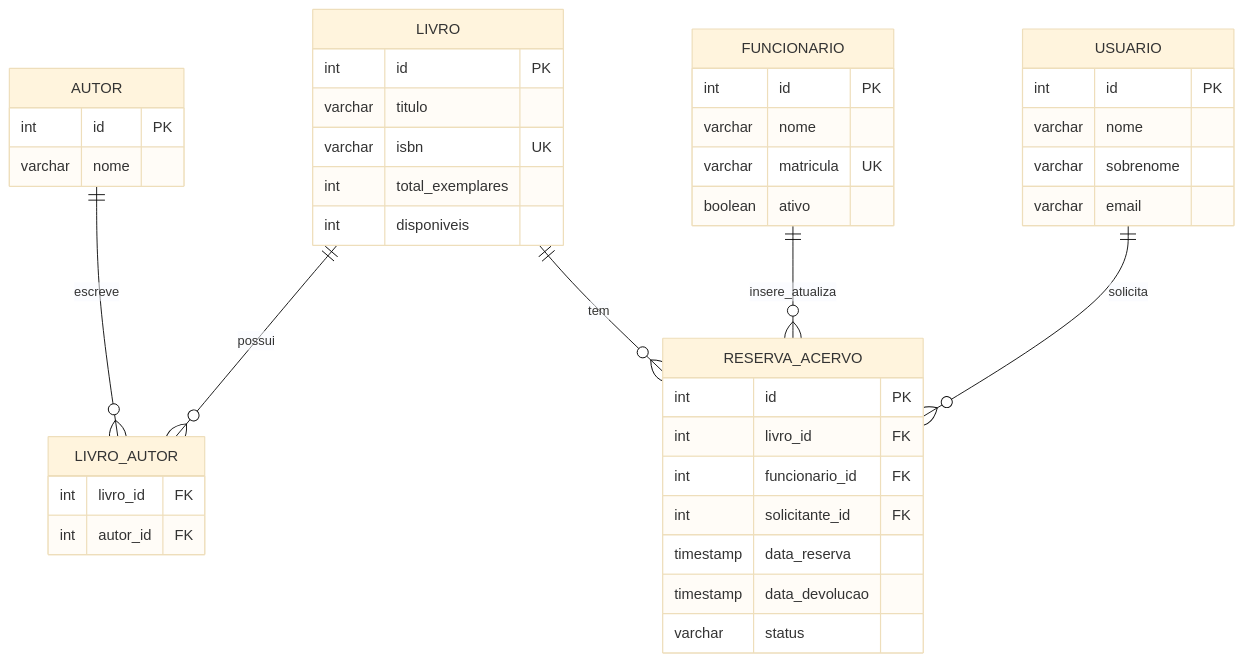
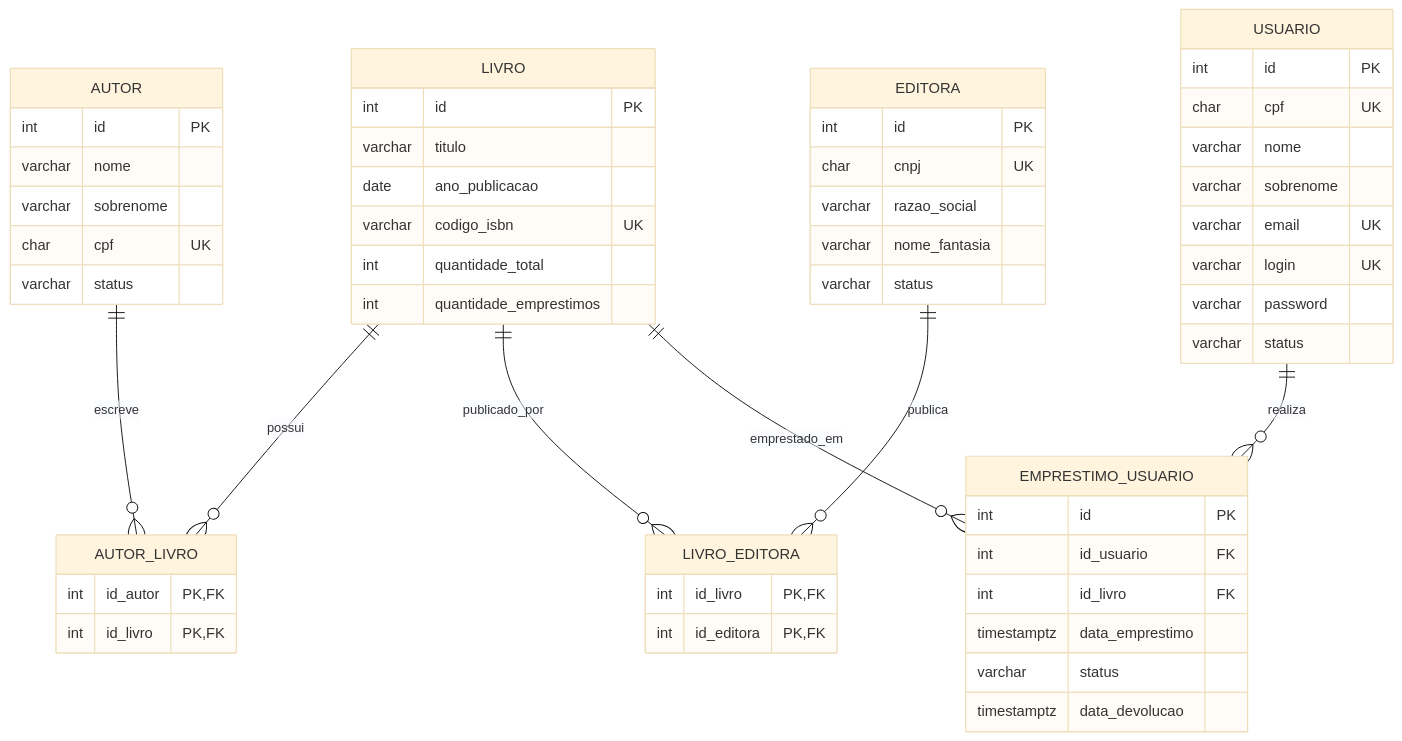
The diagram in README.md (VitorRP/sctec-projeto-final1), drawn with Mermaid (base theme) before and after one commit. The commit also changed other lines of this file, not shown here.

````diff
--- a/README.md
+++ b/README.md
@@ -192,47 +133,64 @@
 ```mermaid
 erDiagram
-    AUTOR ||--o{ LIVRO_AUTOR : escreve
-    LIVRO ||--o{ LIVRO_AUTOR : possui
-    LIVRO ||--o{ RESERVA_ACERVO : tem
-    FUNCIONARIO ||--o{ RESERVA_ACERVO : insere_atualiza
-    USUARIO ||--o{ RESERVA_ACERVO : solicita
+    AUTOR ||--o{ AUTOR_LIVRO : escreve
+    LIVRO ||--o{ AUTOR_LIVRO : possui
+    LIVRO ||--o{ LIVRO_EDITORA : publicado_por
+    EDITORA ||--o{ LIVRO_EDITORA : publica
+    USUARIO ||--o{ EMPRESTIMO_USUARIO : realiza
+    LIVRO ||--o{ EMPRESTIMO_USUARIO : emprestado_em
+
+    AUTOR {
+        int id PK
+        varchar nome
+        varchar sobrenome
+        char cpf UK
+        varchar status
+    }
+
+    EDITORA {
+        int id PK
+        char cnpj UK
+        varchar razao_social
+        varchar nome_fantasia
+        varchar status
+    }
+
+    LIVRO {
+        int id PK
+        varchar titulo
+        date ano_publicacao
+        varchar codigo_isbn UK
+        int quantidade_total
+        int quantidade_emprestimos
+    }
 
     USUARIO {
         int id PK
+        char cpf UK
         varchar nome
         varchar sobrenome
-        varchar email
+        varchar email UK
+        varchar login UK
+        varchar password
+        varchar status
     }
 
-    FUNCIONARIO {
-        int id PK
-        varchar nome
-        varchar matricula UK
-        boolean ativo
-    }
-    AUTOR {
-        int id PK
-        varchar nome
-    }
-    LIVRO {
-        int id PK
-        varchar titulo
-        varchar isbn UK
-        int total_exemplares
-        int disponiveis
-    }
-    LIVRO_AUTOR {
-        int livro_id FK
-        int autor_id FK
+    AUTOR_LIVRO {
+        int id_autor PK, FK
+        int id_livro PK, FK
     }
 
-    RESERVA_ACERVO {
+    LIVRO_EDITORA {
+        int id_livro PK, FK
+        int id_editora PK, FK
+    }
+
+    EMPRESTIMO_USUARIO {
         int id PK
-        int livro_id FK
-        int funcionario_id FK
-        int solicitante_id FK
-        timestamp data_reserva
-        timestamp data_devolucao
+        int id_usuario FK
+        int id_livro FK
+        timestamptz data_emprestimo
         varchar status
+        timestamptz data_devolucao
     }
 ```
````
